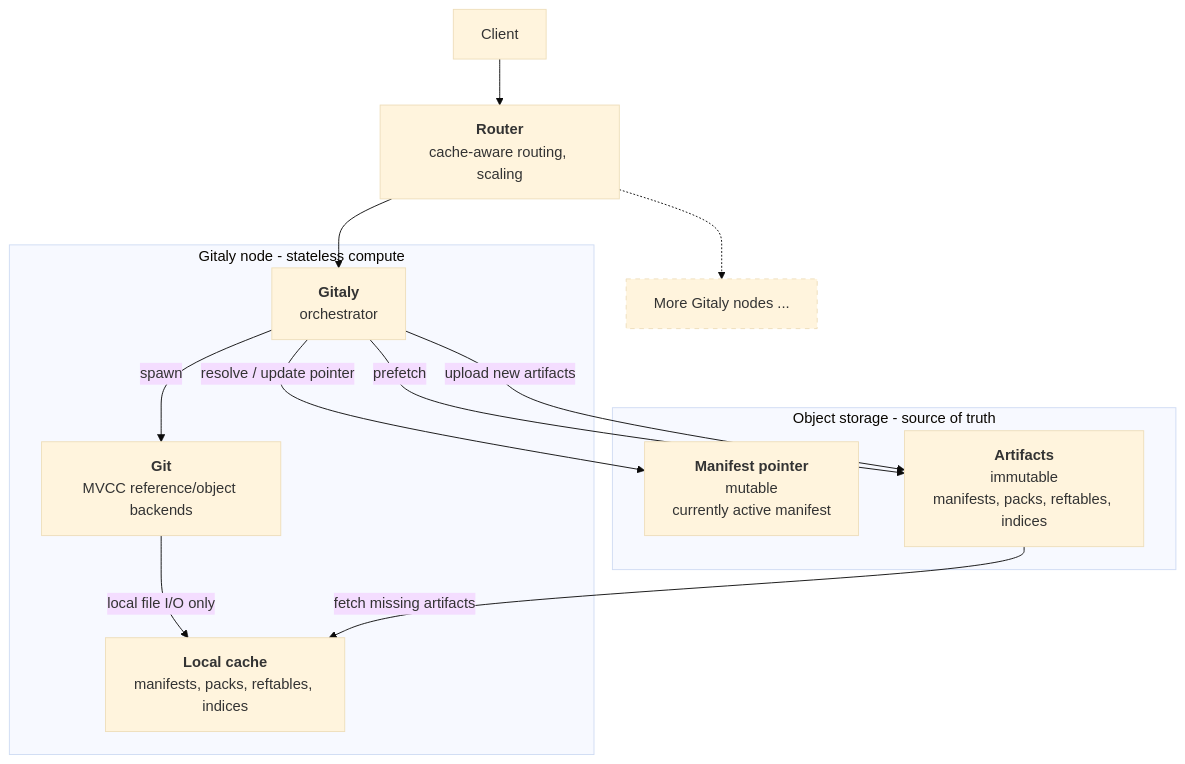
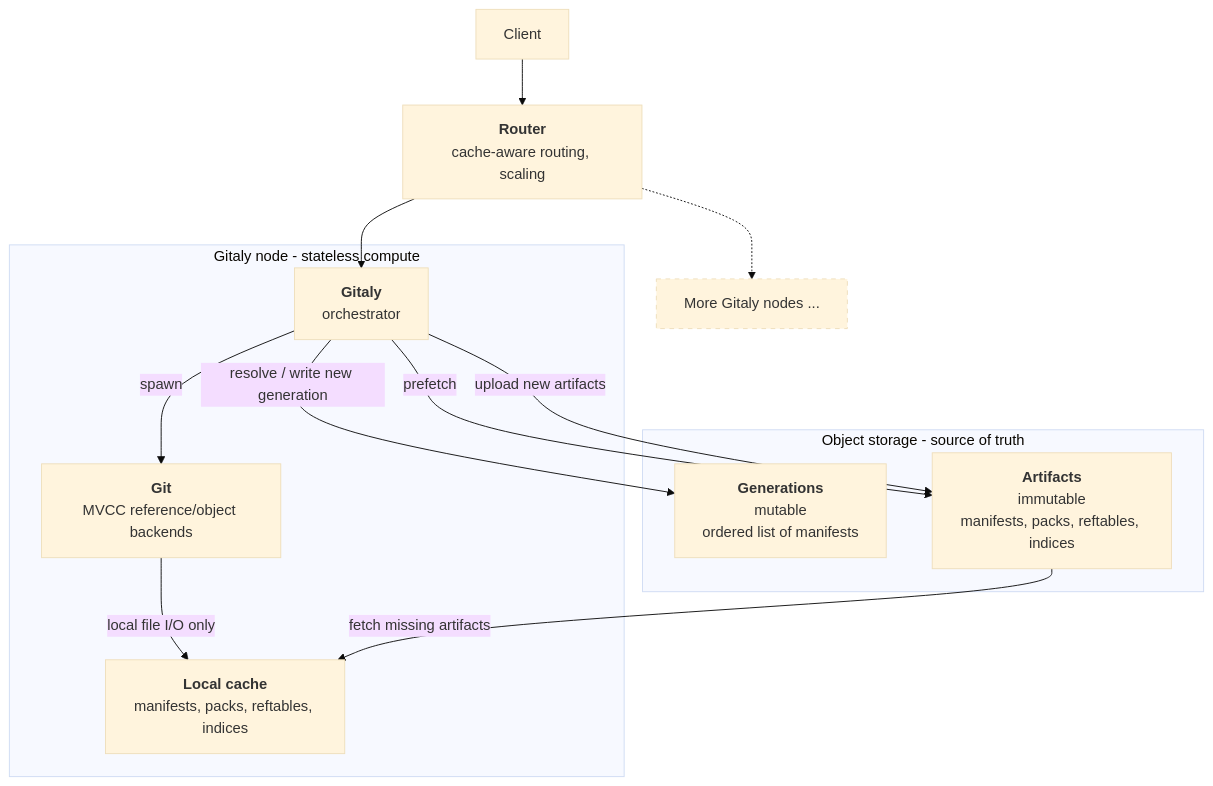
Before and after one commit to kyama0/gitlab-handbook-ja: the first of 5 diagrams in content/handbook/engineering/architecture/design-documents/scaling-git/_index.md, drawn with Mermaid (base theme). The commit also changed other lines of this file and 22 other files, not shown here.

````diff
--- a/content/handbook/engineering/architecture/design-documents/scaling-git/_index.md
+++ b/content/handbook/engineering/architecture/design-documents/scaling-git/_index.md
@@ -74,29 +74,29 @@
 ```mermaid
 flowchart TB
   client[Client]
   router[<b>Router</b><br/>cache-aware routing, scaling]
 
   subgraph node[Gitaly node - stateless compute]
     gitaly[<b>Gitaly</b><br/>orchestrator]
     git[<b>Git</b><br/>MVCC reference/object backends]
     cache[<b>Local cache</b><br/>manifests, packs, reftables, indices]
   end
   more[More Gitaly nodes ...]
 
   subgraph os[Object storage - source of truth]
-    pointer[<b>Manifest pointer</b><br/>mutable<br/>currently active manifest]
+    generations[<b>Generations</b><br/>mutable<br/>ordered list of manifests]
     artifacts[<b>Artifacts</b><br/>immutable<br/>manifests, packs, reftables, indices]
   end
 
   client --> router
   router --> gitaly
   router -.-> more
   gitaly -->|spawn| git
   git -->|local file I/O only| cache
-  gitaly -->|resolve / update pointer| pointer
+  gitaly -->|resolve / write new generation| generations
   gitaly -->|prefetch| artifacts
   artifacts -->|fetch missing artifacts| cache
   gitaly -->|upload new artifacts| artifacts
 
   style more stroke-dasharray: 5 5
 ```
````
